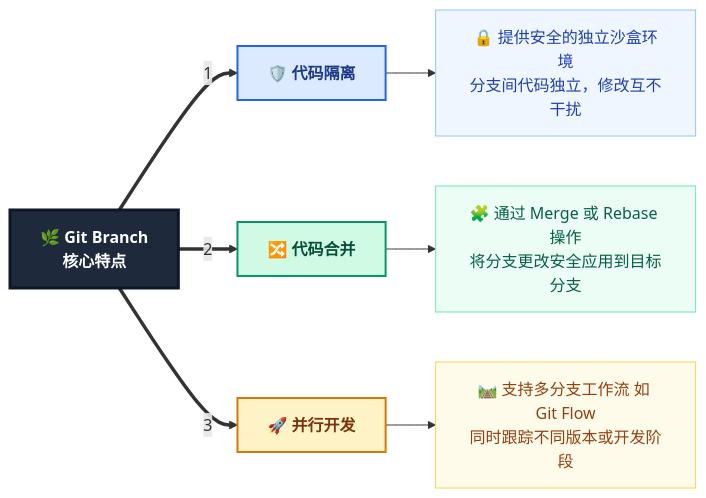
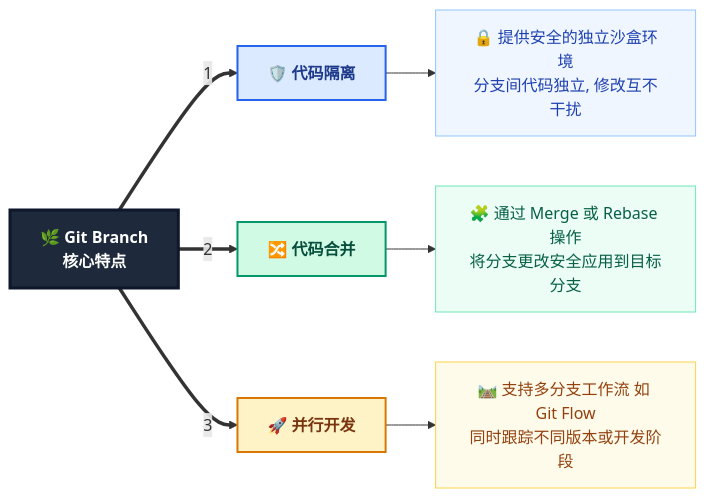
The fifth of 23 diagrams in _posts/software/git/2024-09-24-git使用.md (dmjcb/dmjcb.github.io), drawn with Mermaid before and after one commit. The commit also changed other lines of this file and 12 other files, not shown here.

````diff
--- a/_posts/software/git/2024-09-24-git使用.md
+++ b/_posts/software/git/2024-09-24-git使用.md
@@ -450,52 +450,52 @@
 ```mermaid
 flowchart LR
     %% 样式定义
     classDef center fill:#1e293b,stroke:#0f172a,stroke-width:3px,color:#ffffff,font-weight:bold;
     
     classDef main_iso fill:#dbeafe,stroke:#2563eb,stroke-width:2px,color:#1e3a8a,font-weight:bold;
     classDef sub_iso fill:#eff6ff,stroke:#93c5fd,stroke-width:1px,color:#1e40af;
     
     classDef main_mrg fill:#d1fae5,stroke:#059669,stroke-width:2px,color:#064e3b,font-weight:bold;
     classDef sub_mrg fill:#ecfdf5,stroke:#6ee7b7,stroke-width:1px,color:#065f46;
     
     classDef main_ver fill:#fef3c7,stroke:#d97706,stroke-width:2px,color:#78350f,font-weight:bold;
     classDef sub_ver fill:#fffbeb,stroke:#fcd34d,stroke-width:1px,color:#92400e;
 
     %% 中心节点
     Center["🌿 Git Branch\n核心特点"]
 
     %% 1. 代码隔离
     IsoMain["🛡️ 代码隔离"]
-    IsoSub["🔒 提供安全的独立沙盒环境\n分支间代码独立，修改互不干扰"]
+    IsoSub["🔒 提供安全的独立沙盒环境\n分支间代码独立, 修改互不干扰"]
 
     %% 2. 代码合并
     MrgMain["🔀 代码合并"]
     MrgMain2["🧩 通过 Merge 或 Rebase 操作\n将分支更改安全应用到目标分支"]
 
     %% 3. 并行开发
     VerMain["🚀 并行开发"]
     VerSub["🛤️ 支持多分支工作流 如 Git Flow\n同时跟踪不同版本或开发阶段"]
 
     %% 连线关系
     Center ==>|1| IsoMain
     IsoMain --> IsoSub
     
     Center ==>|2| MrgMain
     MrgMain --> MrgMain2
     
     Center ==>|3| VerMain
     VerMain --> VerSub
 
     %% 应用样式
     class Center center;
     
     class IsoMain main_iso;
     class IsoSub sub_iso;
     
     class MrgMain main_mrg;
     class MrgMain2 sub_mrg;
     
     class VerMain main_ver;
     class VerSub sub_ver;
 
 ```
````
